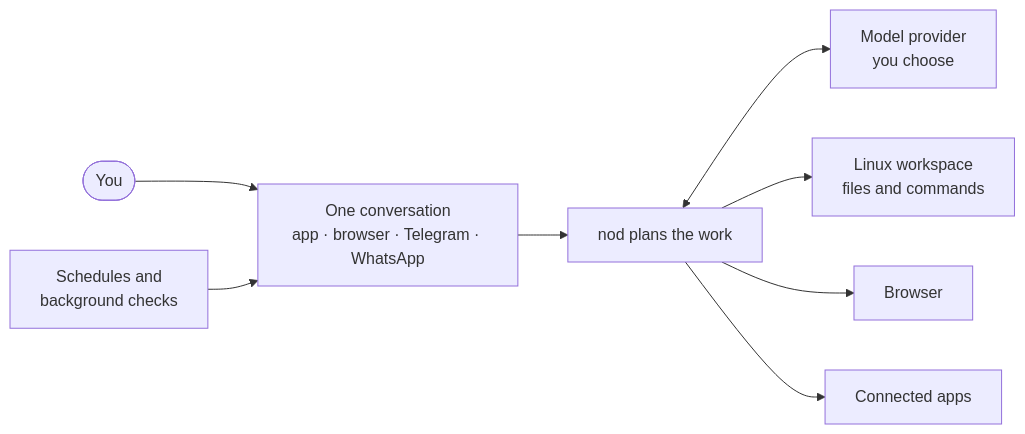
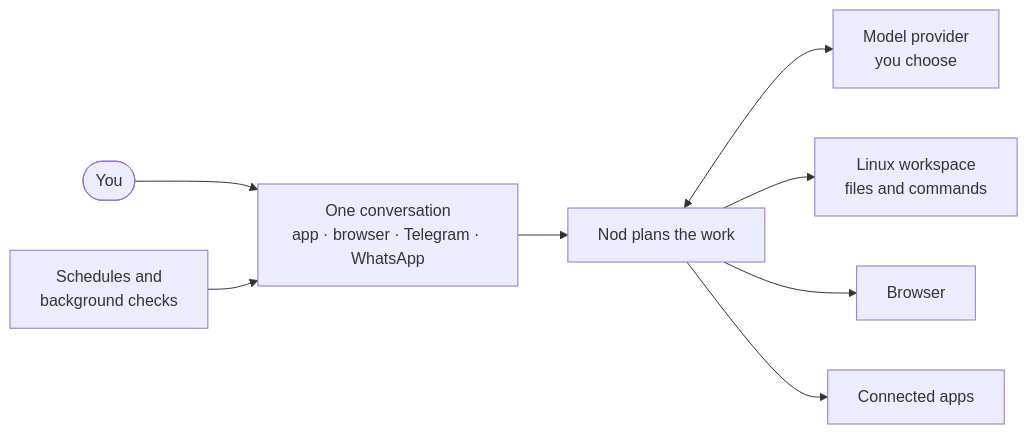
The diagram in docs/src/content/docs/get-started/what-is-nod.mdx (KrishBhimani/nod), drawn with Mermaid before and after one commit. The commit also changed other lines of this file and 275 other files, not shown here.

````diff
--- a/docs/src/content/docs/get-started/what-is-nod.mdx
+++ b/docs/src/content/docs/get-started/what-is-nod.mdx
@@ -20,10 +20,10 @@
 ```mermaid
 flowchart LR
   you([You]):::accent --> chat[One conversation<br/>app · browser · Telegram · WhatsApp]
   timers[Schedules and<br/>background checks]:::muted --> chat
-  chat --> nod[nod plans the work]:::accent
-  nod <--> model[Model provider<br/>you choose]:::muted
-  nod --> ws[Linux workspace<br/>files and commands]
-  nod --> br[Browser]
-  nod --> apps[Connected apps]
+  chat --> Nod[Nod plans the work]:::accent
+  Nod <--> model[Model provider<br/>you choose]:::muted
+  Nod --> ws[Linux workspace<br/>files and commands]
+  Nod --> br[Browser]
+  Nod --> apps[Connected apps]
 ```
````
